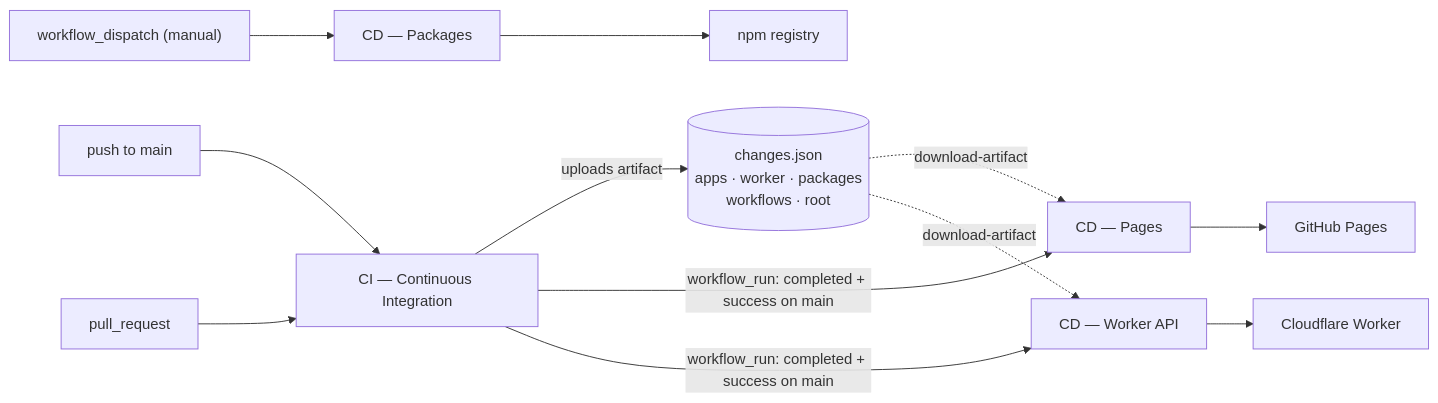
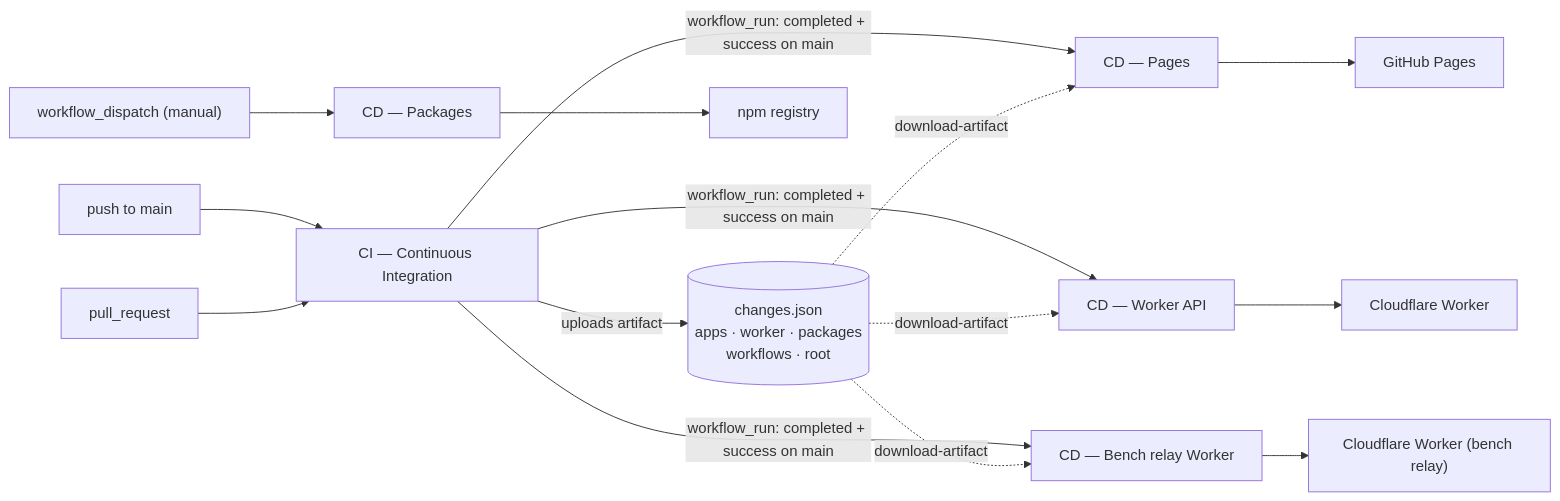
One commit to soroush-tech/core changed the first of 6 diagrams in .github/workflows/README.md. Above: the diagram before and after it, drawn with Mermaid. The commit also changed other lines of this file and 32 other files, not shown here.

First line of the commit message:
feat(bench-api): bench-action comment relay worker at api.bench.soroush.tech

````diff
--- a/.github/workflows/README.md
+++ b/.github/workflows/README.md
@@ -29,14 +30,17 @@
 ```mermaid
 flowchart LR
     push["push to main"] --> ci["CI — Continuous Integration"]
     pr["pull_request"] --> ci
     ci -->|"uploads artifact"| art[("changes.json<br/>apps · worker · packages<br/>workflows · root")]
     ci -->|"workflow_run: completed + success on main"| cdweb["CD — Pages"]
     ci -->|"workflow_run: completed + success on main"| cdworker["CD — Worker API"]
+    ci -->|"workflow_run: completed + success on main"| cdbench["CD — Bench relay Worker"]
     art -.->|"download-artifact"| cdweb
     art -.->|"download-artifact"| cdworker
+    art -.->|"download-artifact"| cdbench
     cdweb --> pages["GitHub Pages"]
     cdworker --> cf["Cloudflare Worker"]
+    cdbench --> cfbench["Cloudflare Worker (bench relay)"]
     disp["workflow_dispatch (manual)"] --> cdpkg["CD — Packages"]
     cdpkg --> npm["npm registry"]
 ```
````
